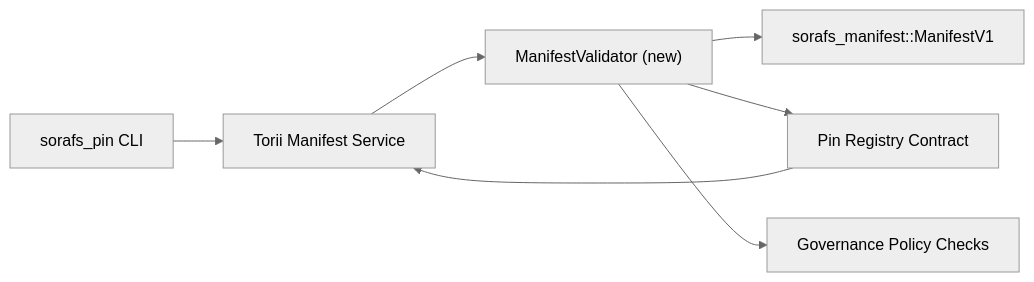
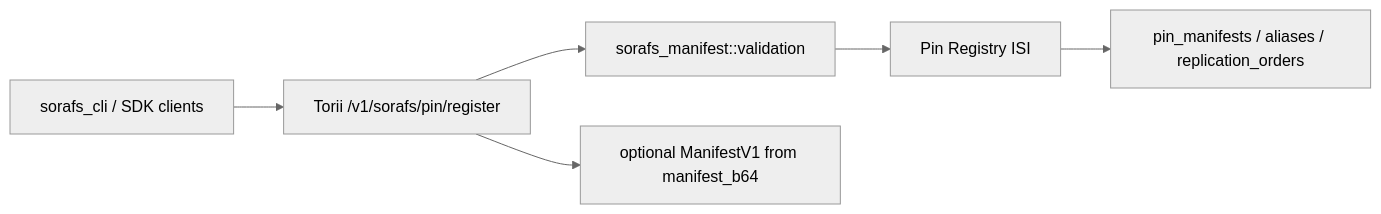
One commit to hyperledger-iroha/iroha changed the diagram in docs/portal/docs/sorafs/pin-registry-validation-plan.am.md. Above: the diagram before and after it, drawn with Mermaid (neutral theme). The commit also changed other lines of this file and 2909 other files, not shown here.

````diff
--- a/docs/portal/docs/sorafs/pin-registry-validation-plan.am.md
+++ b/docs/portal/docs/sorafs/pin-registry-validation-plan.am.md
@@ -37,9 +38,8 @@
 ```mermaid
 flowchart LR
-    cli["sorafs_pin CLI"] --> torii["Torii Manifest Service"]
-    torii --> validator["ManifestValidator (new)"]
-    validator --> manifest["sorafs_manifest::ManifestV1"]
-    validator --> registry["Pin Registry Contract"]
-    validator --> policy["Governance Policy Checks"]
-    registry --> torii
+    cli["sorafs_cli / SDK clients"] --> torii["Torii /v1/sorafs/pin/register"]
+    torii --> validator["sorafs_manifest::validation"]
+    torii --> manifest["optional ManifestV1 from manifest_b64"]
+    validator --> registry["Pin Registry ISI"]
+    registry --> state["pin_manifests / aliases / replication_orders"]
 ```
````
